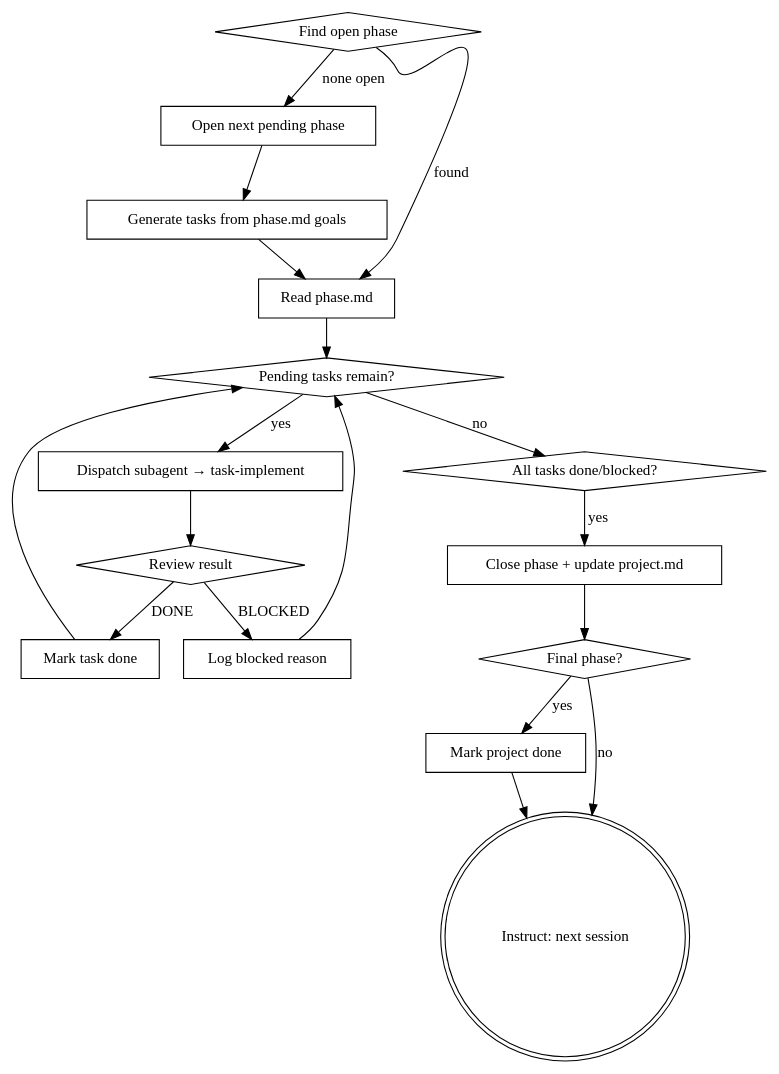
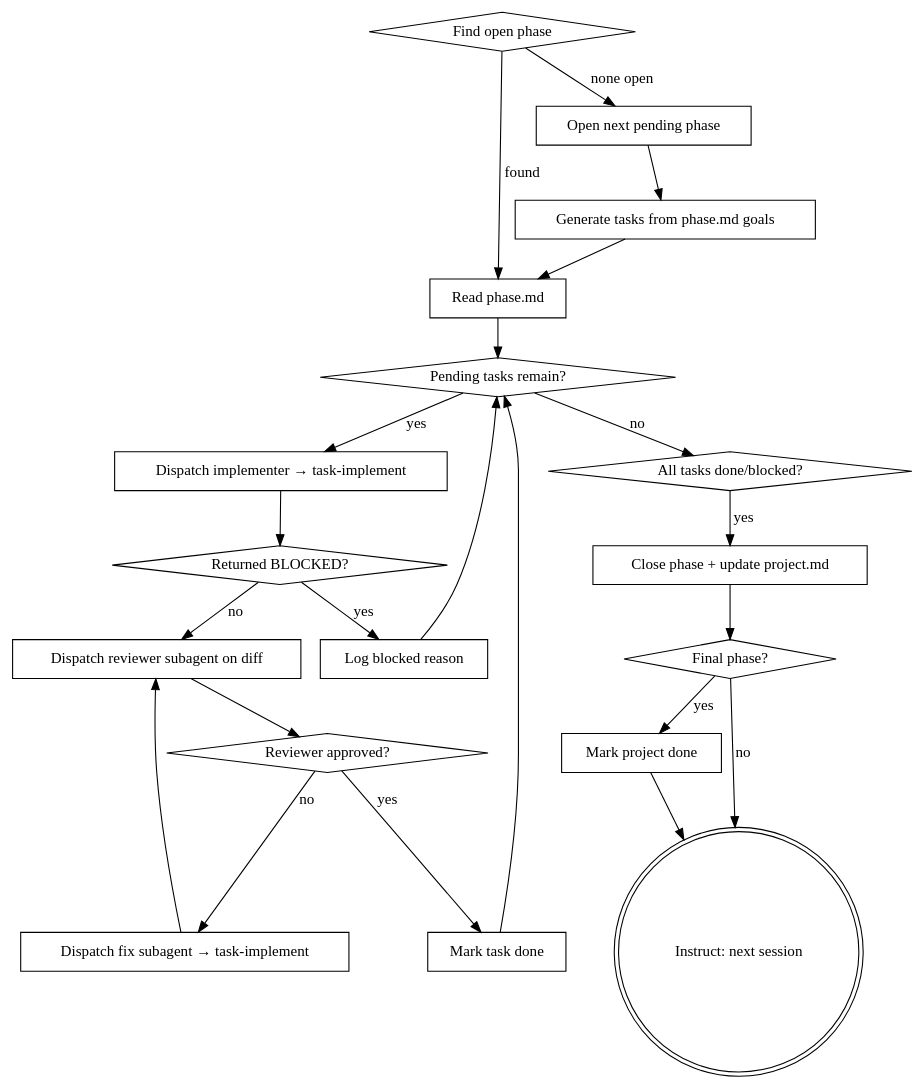
The diagram in skills/agentflow/phase-execute/SKILL.md (dx0ne/agent-skills), drawn with Graphviz before and after one commit. The commit also changed other lines of this file and 3 other files, not shown here.

````diff
--- a/skills/agentflow/phase-execute/SKILL.md
+++ b/skills/agentflow/phase-execute/SKILL.md
@@ -18,36 +18,43 @@
 ```dot
 digraph execute {
     "Find open phase" [shape=diamond];
     "Open next pending phase" [shape=box];
     "Generate tasks from phase.md goals" [shape=box];
     "Read phase.md" [shape=box];
     "Pending tasks remain?" [shape=diamond];
-    "Dispatch subagent → task-implement" [shape=box];
-    "Review result" [shape=diamond];
+    "Dispatch implementer → task-implement" [shape=box];
+    "Returned BLOCKED?" [shape=diamond];
+    "Log blocked reason" [shape=box];
+    "Dispatch reviewer subagent on diff" [shape=box];
+    "Reviewer approved?" [shape=diamond];
+    "Dispatch fix subagent → task-implement" [shape=box];
     "Mark task done" [shape=box];
-    "Log blocked reason" [shape=box];
     "All tasks done/blocked?" [shape=diamond];
     "Close phase + update project.md" [shape=box];
     "Final phase?" [shape=diamond];
     "Mark project done" [shape=box];
     "Instruct: next session" [shape=doublecircle];
 
     "Find open phase" -> "Read phase.md" [label="found"];
     "Find open phase" -> "Open next pending phase" [label="none open"];
     "Open next pending phase" -> "Generate tasks from phase.md goals";
     "Generate tasks from phase.md goals" -> "Read phase.md";
     "Read phase.md" -> "Pending tasks remain?";
-    "Pending tasks remain?" -> "Dispatch subagent → task-implement" [label="yes"];
+    "Pending tasks remain?" -> "Dispatch implementer → task-implement" [label="yes"];
     "Pending tasks remain?" -> "All tasks done/blocked?" [label="no"];
-    "Dispatch subagent → task-implement" -> "Review result";
-    "Review result" -> "Mark task done" [label="DONE"];
-    "Review result" -> "Log blocked reason" [label="BLOCKED"];
+    "Dispatch implementer → task-implement" -> "Returned BLOCKED?";
+    "Returned BLOCKED?" -> "Log blocked reason" [label="yes"];
+    "Returned BLOCKED?" -> "Dispatch reviewer subagent on diff" [label="no"];
+    "Dispatch reviewer subagent on diff" -> "Reviewer approved?";
+    "Reviewer approved?" -> "Mark task done" [label="yes"];
+    "Reviewer approved?" -> "Dispatch fix subagent → task-implement" [label="no"];
+    "Dispatch fix subagent → task-implement" -> "Dispatch reviewer subagent on diff";
     "Mark task done" -> "Pending tasks remain?";
     "Log blocked reason" -> "Pending tasks remain?";
     "All tasks done/blocked?" -> "Close phase + update project.md" [label="yes"];
     "Close phase + update project.md" -> "Final phase?" ;
     "Final phase?" -> "Mark project done" [label="yes"];
     "Final phase?" -> "Instruct: next session" [label="no"];
     "Mark project done" -> "Instruct: next session";
 }
 ```
````
